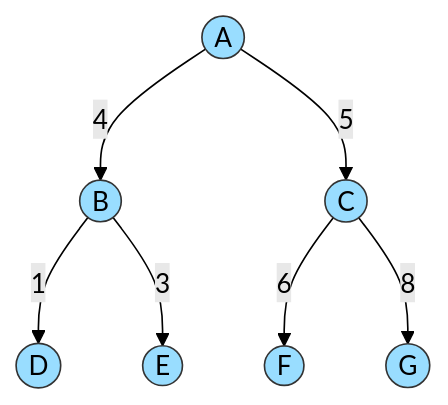
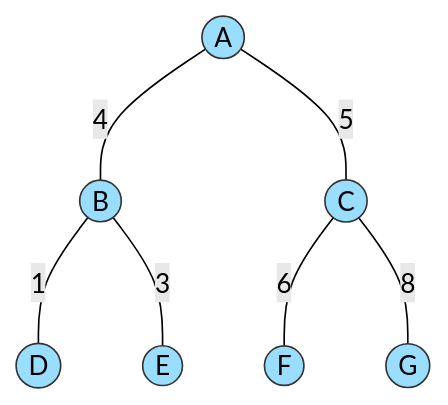
The third of 26 diagrams in docs/10.软考/10.软件设计师/10.数据结构与算法/15.树.md (mujin-lin/mujin-blog), drawn with Mermaid (forest theme) before and after one commit. The commit also changed other lines of this file and 2 other files, not shown here.

Commit message:
整理树的文章，增加图的文章内容

````diff
--- a/docs/10.软考/10.软件设计师/10.数据结构与算法/15.树.md
+++ b/docs/10.软考/10.软件设计师/10.数据结构与算法/15.树.md
@@ -164,16 +164,16 @@
     ```mermaid
     graph TD
-        A((A)) -->|4| B((B))
-        A((A)) -->|5| C((C))
-        B((B)) -->|1| D((D))
-        B((B)) -->|3| E((E))
-        C((C)) -->|6| F((F))
-        C((C)) -->|8| G((G))
+        A((A)) ---|4| B((B))
+        A((A)) ---|5| C((C))
+        B((B)) ---|1| D((D))
+        B((B)) ---|3| E((E))
+        C((C)) ---|6| F((F))
+        C((C)) ---|8| G((G))
         style D fill:#9df,stroke:#333
         style B fill:#9df,stroke:#333
         style E fill:#9df,stroke:#333
         style A fill:#9df,stroke:#333
         style F fill:#9df,stroke:#333
         style C fill:#9df,stroke:#333
         style G fill:#9df,stroke:#333
     ```
````
